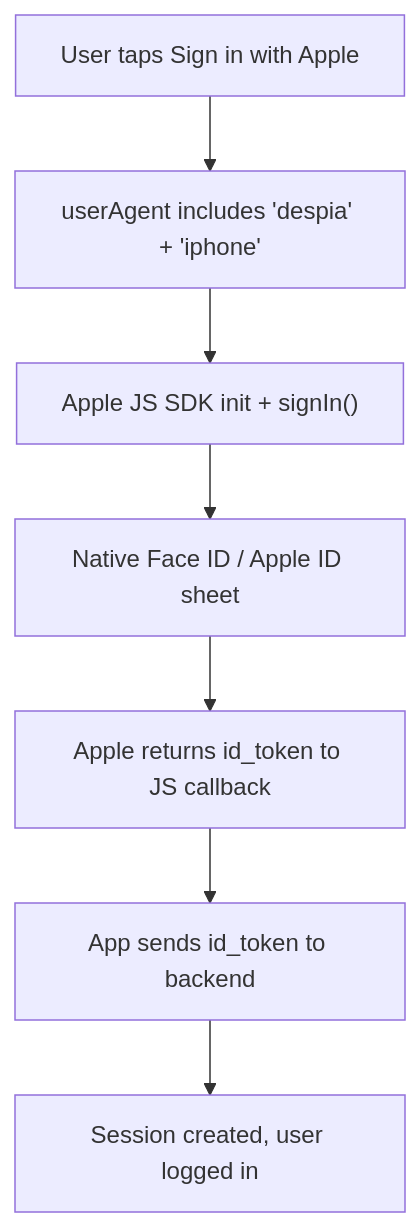
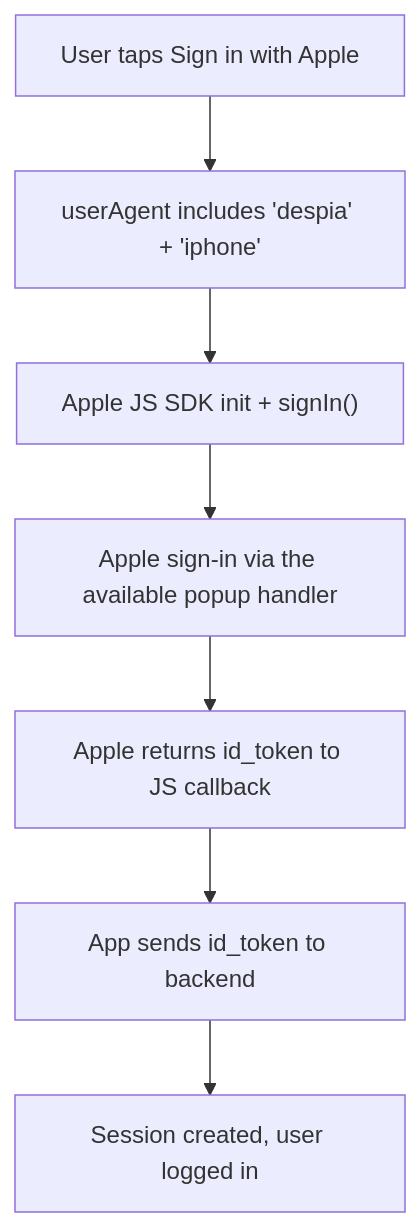
One commit to despia-legacy/docs changed the first of 2 diagrams in native-features/oauth/apple.mdx. Above: the diagram before and after it, drawn with Mermaid. The commit also changed other lines of this file and 1 other file, not shown here.

Commit message:
Clarify Despia V3 Apple sign-in

````diff
--- a/native-features/oauth/apple.mdx
+++ b/native-features/oauth/apple.mdx
@@ -83,9 +83,9 @@
 ```mermaid placement="bottom"
 flowchart TD
     A["User taps Sign in with Apple"] --> B["userAgent includes 'despia' + 'iphone'"]
     B --> C["Apple JS SDK init + signIn()"]
-    C --> D["Native Face ID / Apple ID sheet"]
+    C --> D["Apple sign-in via the available popup handler"]
     D --> E["Apple returns id_token to JS callback"]
     E --> F["App sends id_token to backend"]
     F --> G["Session created, user logged in"]
 ```
````
